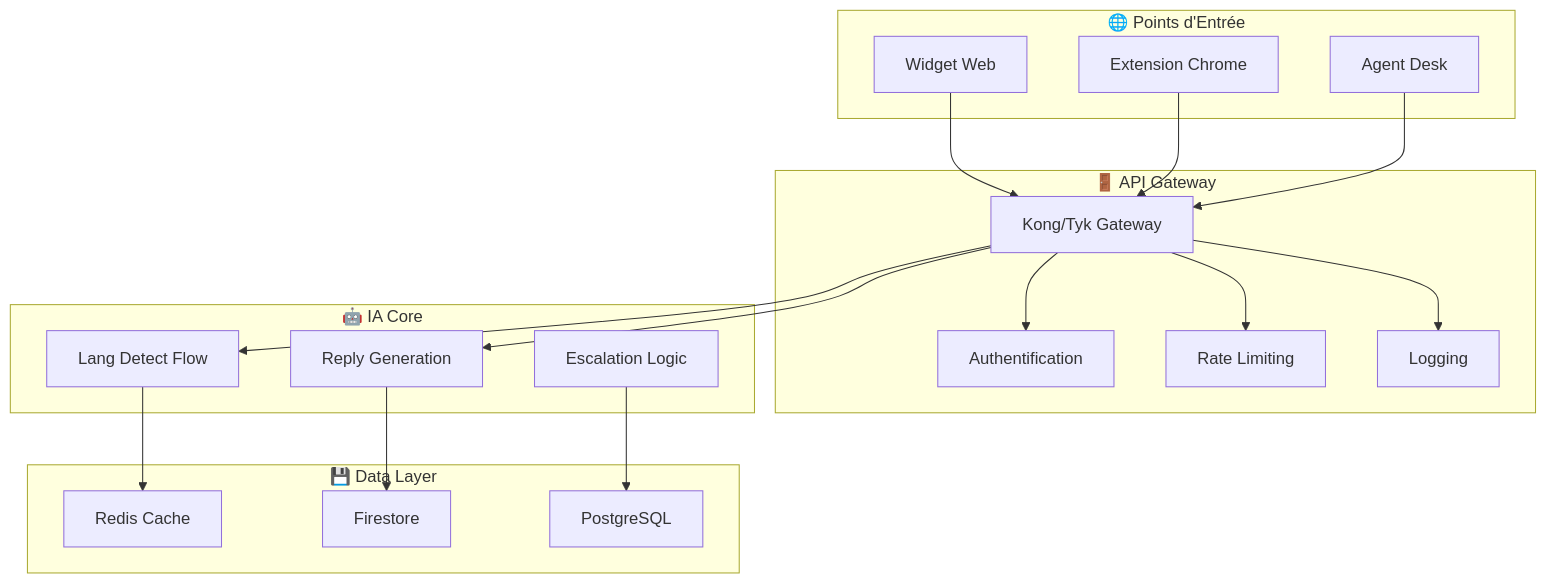
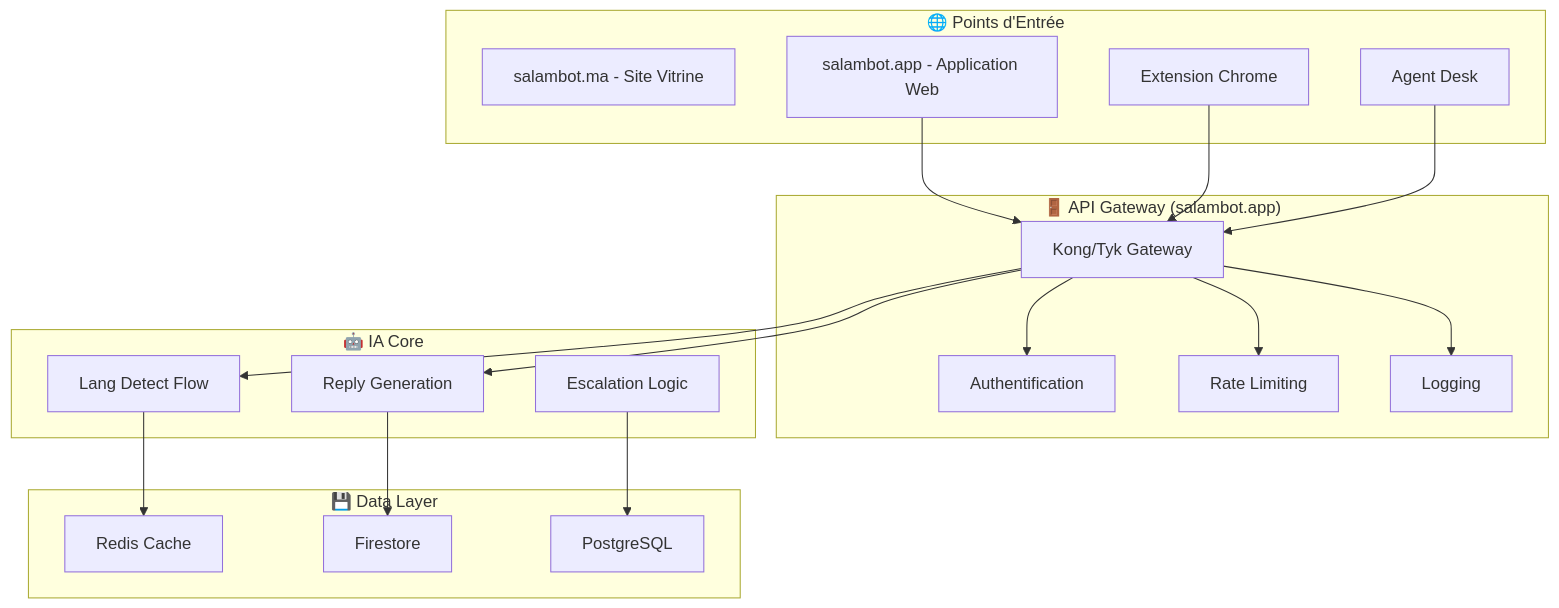
One commit to SalamBot-Org/salambot-suite changed the first of 2 diagrams in docs/onboarding/🚀 SalamBot Starter Pack.md. Above: the diagram before and after it, drawn with Mermaid. The commit also changed other lines of this file and 9 other files, not shown here.

First line of the commit message:
feat: Implémentation de la stratégie des domaines salambot.ma/salambot.app

````diff
--- a/docs/onboarding/🚀 SalamBot Starter Pack.md
+++ b/docs/onboarding/🚀 SalamBot Starter Pack.md
@@ -29,36 +48,37 @@
 ```mermaid
 graph TB
     subgraph "🌐 Points d'Entrée"
-        W[Widget Web]
+        V[salambot.ma - Site Vitrine]
+        W[salambot.app - Application Web]
         E[Extension Chrome]
         A[Agent Desk]
     end
 
-    subgraph "🚪 API Gateway"
+    subgraph "🚪 API Gateway (salambot.app)"
         G[Kong/Tyk Gateway]
         G --> Auth[Authentification]
         G --> Rate[Rate Limiting]
         G --> Log[Logging]
     end
 
     subgraph "🤖 IA Core"
         LD[Lang Detect Flow]
         RG[Reply Generation]
         ES[Escalation Logic]
     end
 
     subgraph "💾 Data Layer"
         R[Redis Cache]
         F[Firestore]
         P[PostgreSQL]
     end
 
     W --> G
     E --> G
     A --> G
     G --> LD
     G --> RG
     LD --> R
     RG --> F
     ES --> P
 ```
````
